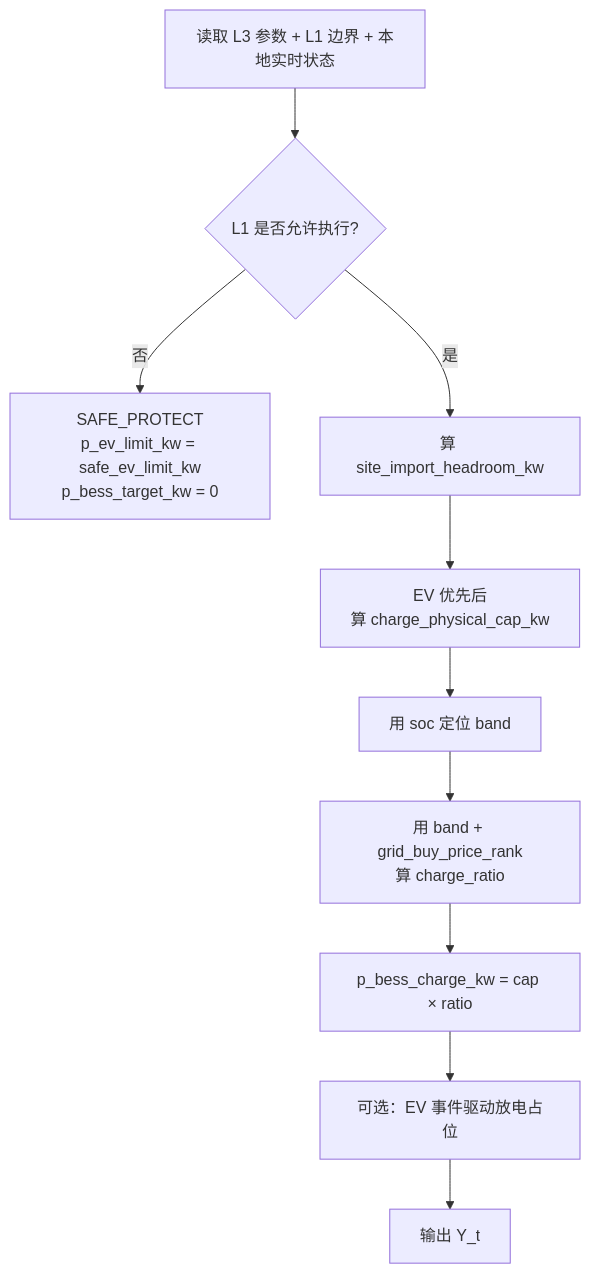
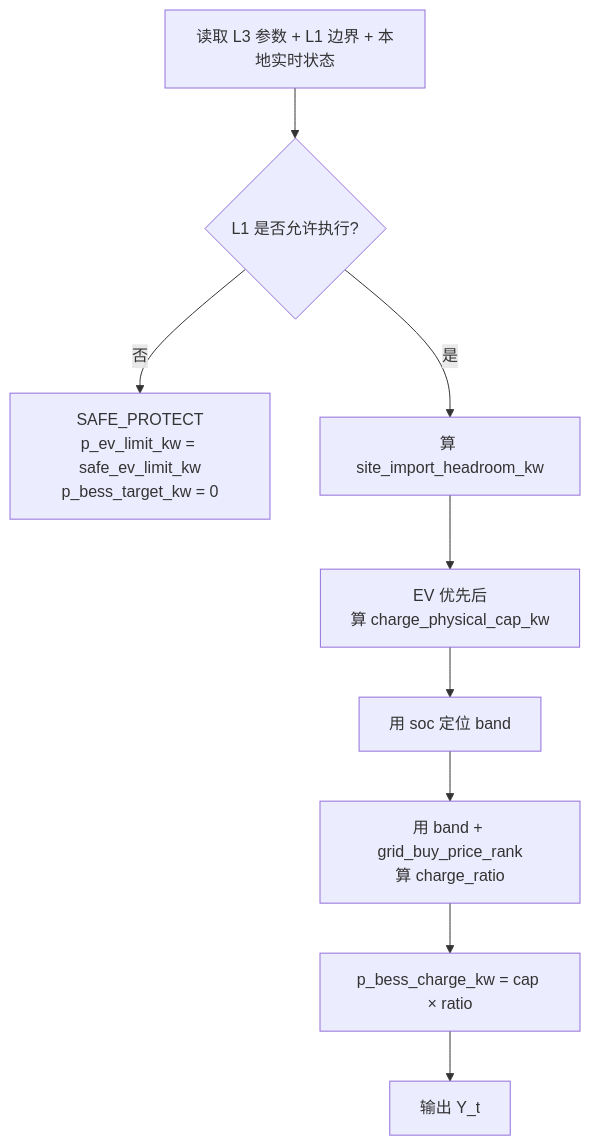
One commit to cwu339-pixel/m1-bess-ev-local-control changed the second of 2 diagrams in algorithm-context/2026-05-28-m1-edge-control/m1-model1-local-algorithm-v0.3.md. Above: the diagram before and after it, drawn with Mermaid. The commit also changed other lines of this file and 5 other files, not shown here.

````diff
--- a/algorithm-context/2026-05-28-m1-edge-control/m1-model1-local-algorithm-v0.3.md
+++ b/algorithm-context/2026-05-28-m1-edge-control/m1-model1-local-algorithm-v0.3.md
@@ -516,12 +460,11 @@
 ```mermaid
 flowchart TD
     A["读取 L3 参数 + L1 边界 + 本地实时状态"] --> B{"L1 是否允许执行?"}
     B -- "否" --> P["SAFE_PROTECT<br/>p_ev_limit_kw = safe_ev_limit_kw<br/>p_bess_target_kw = 0"]
     B -- "是" --> C["算 site_import_headroom_kw"]
     C --> D["EV 优先后<br/>算 charge_physical_cap_kw"]
     D --> E["用 soc 定位 band"]
     E --> F["用 band + grid_buy_price_rank<br/>算 charge_ratio"]
     F --> G["p_bess_charge_kw = cap × ratio"]
-    G --> H["可选：EV 事件驱动放电占位"]
-    H --> I["输出 Y_t"]
+    G --> I["输出 Y_t"]
 ```
````
